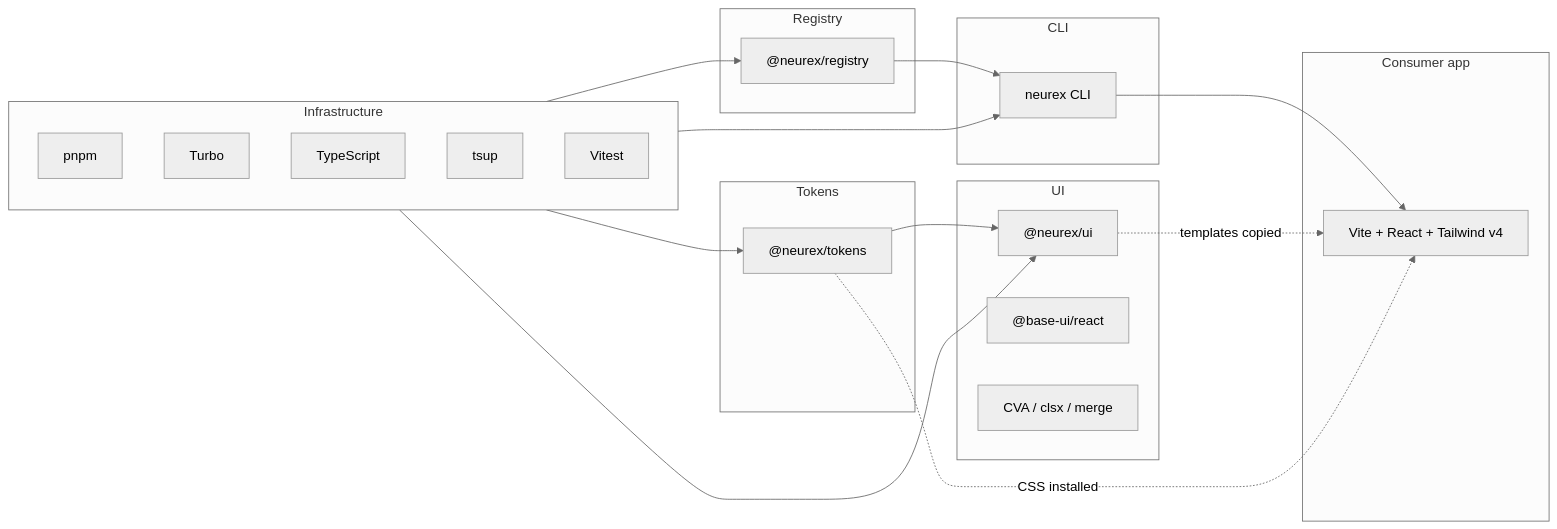
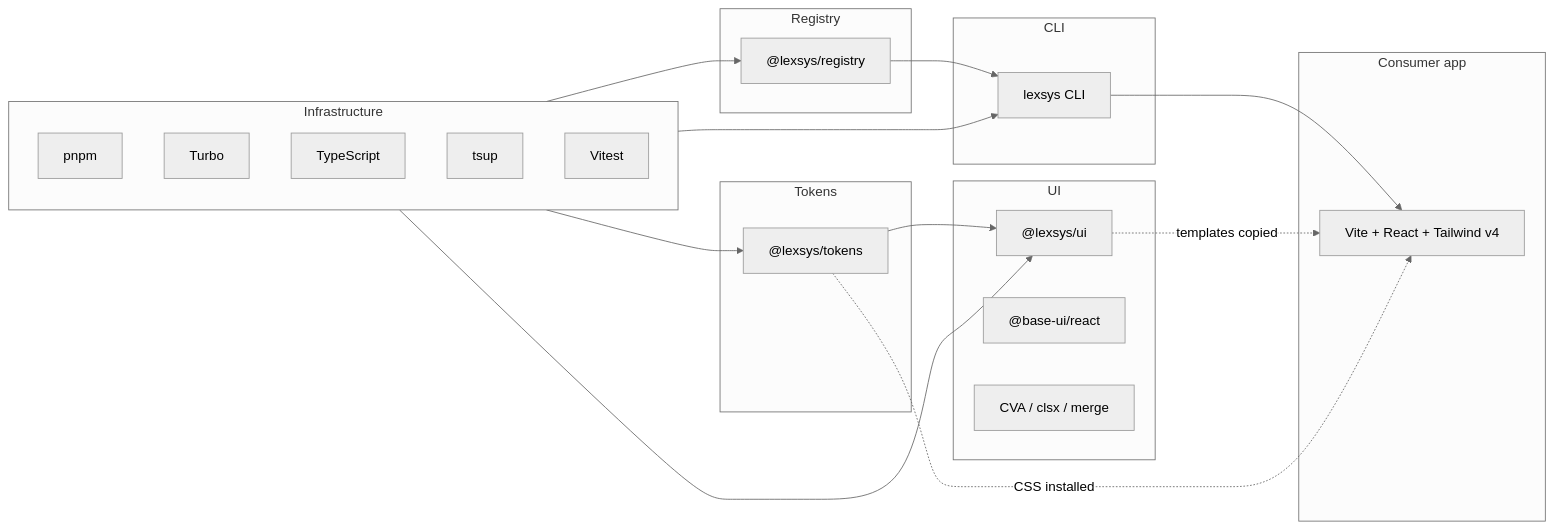
One commit to DaLexto/lexsys-ui changed the diagram in .cursor/rules/tech-stack.mdc. Above: the diagram before and after it, drawn with Mermaid (neutral theme). The commit also changed other lines of this file and 272 other files, not shown here.

First line of the commit message:
refactor(repo)!: rename Neurex to Lexsys across monorepo (R0)

````diff
--- a/.cursor/rules/tech-stack.mdc
+++ b/.cursor/rules/tech-stack.mdc
@@ -329,36 +329,36 @@
 ```mermaid
 flowchart LR
   subgraph infra [Infrastructure]
     pnpm[pnpm]
     turbo[Turbo]
     tsc[TypeScript]
     tsup[tsup]
     vitest[Vitest]
   end
   subgraph tokens [Tokens]
-    tok["@neurex/tokens"]
+    tok["@lexsys/tokens"]
   end
   subgraph ui [UI]
-    u["@neurex/ui"]
+    u["@lexsys/ui"]
     base["@base-ui/react"]
     cva[CVA / clsx / merge]
   end
   subgraph reg [Registry]
-    r["@neurex/registry"]
+    r["@lexsys/registry"]
   end
   subgraph cli [CLI]
-    c[neurex CLI]
+    c[lexsys CLI]
   end
   subgraph consumer [Consumer app]
     app[Vite + React + Tailwind v4]
   end
   infra --> tok
   infra --> u
   infra --> r
   infra --> c
   tok --> u
   r --> c
   c --> app
   u -.->|templates copied| app
   tok -.->|CSS installed| app
 ```
````
